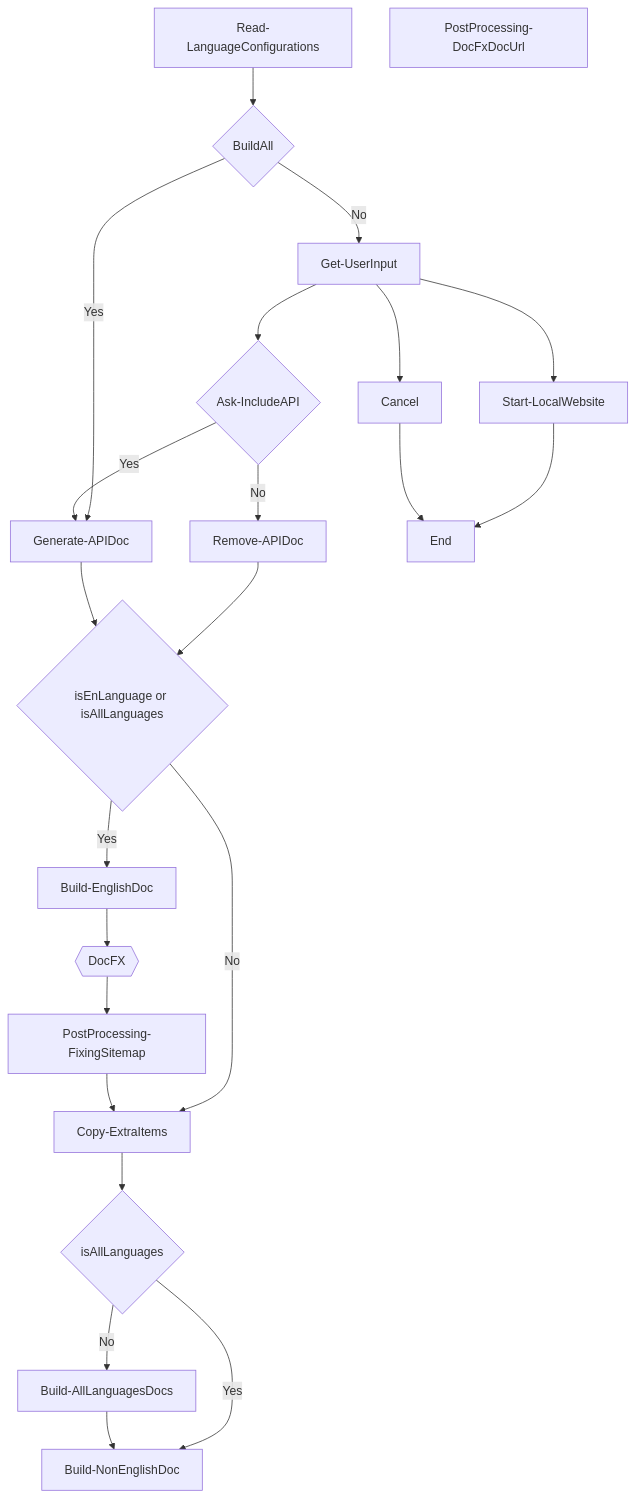
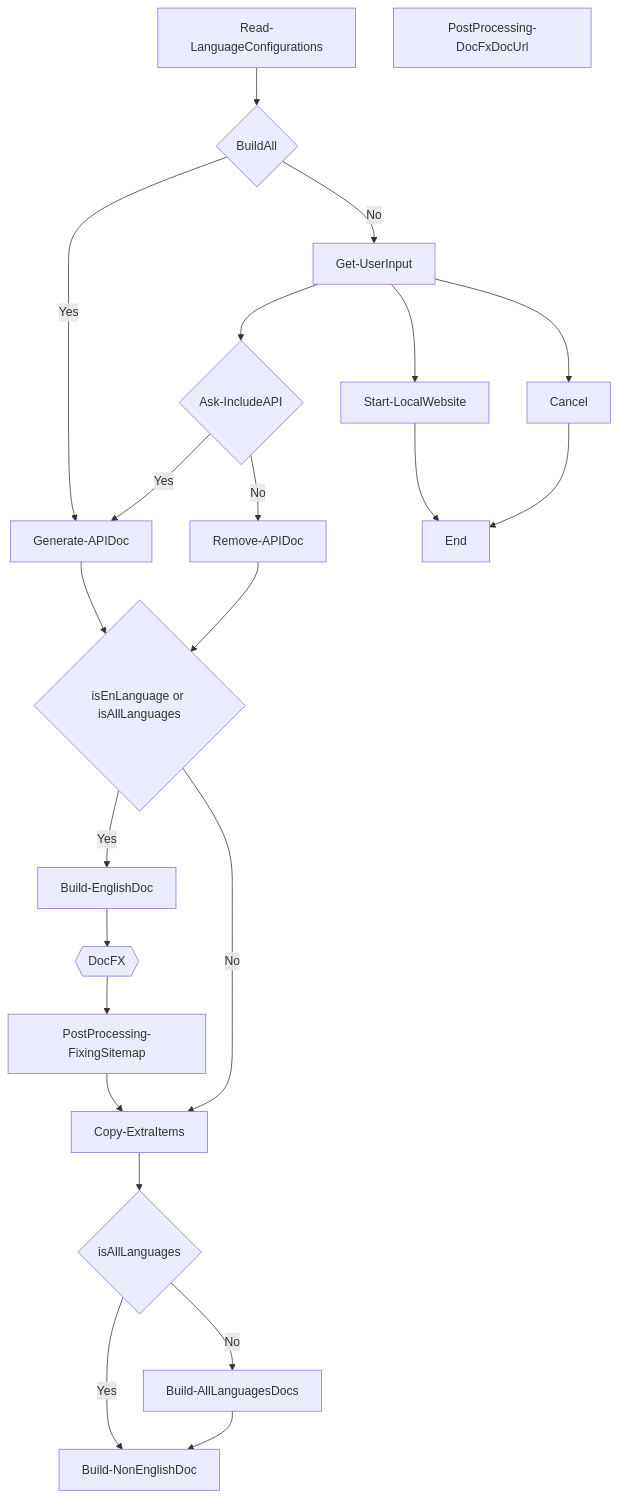
Before and after one commit to NexStandard/stride-docs-next: the second of 2 diagrams in README.md, drawn with Mermaid. The commit also changed other lines of this file, not shown here.

````diff
--- a/README.md
+++ b/README.md
@@ -165,39 +165,39 @@
 ``` mermaid
 graph TB
     A[Read-LanguageConfigurations]
     X1[BuildAll]
     B[Get-UserInput]
     C[Ask-IncludeAPI]
     D[Copy-ExtraItems]
     E[Start-LocalWebsite]
     F[Generate-APIDoc]
     G[Remove-APIDoc]
     H[Build-EnglishDoc]
     I[Build-NonEnglishDoc]
     J[Build-AllLanguagesDocs]
     K[PostProcessing-DocFxDocUrl]
     L[PostProcessing-FixingSitemap]
     DocFX{{DocFX}}
    
 
     A --> X1{BuildAll}
+    X1 -->|Yes| F
     X1 -->|No| B
-    X1 -->|Yes| F
     B --> C{Ask-IncludeAPI}
     B --> E
     B --> X2[Cancel]
     E --> End
     X2 --> End[End]
     C -->|Yes| F
     C -->|No| G
     G --> X3{isEnLanguage or isAllLanguages}
     F --> X3
     X3 -->|Yes| H
     X3 -->|No| D
     H --> DocFX --> L
     L --> D
     D --> X4{isAllLanguages}
     X4 -->|Yes| I
     X4 -->|No| J
     J --> I
 ```
````
